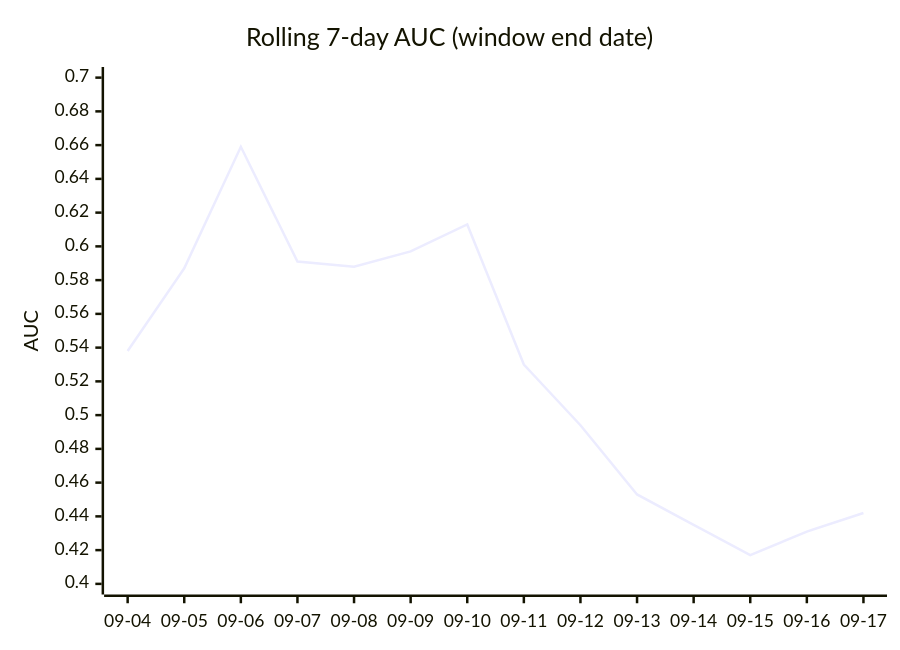
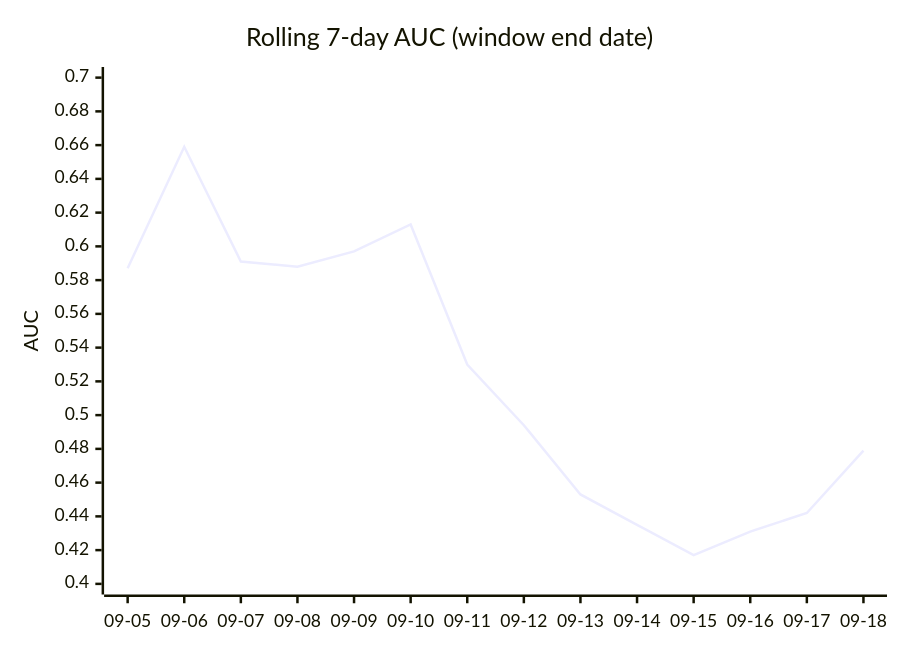
One commit to dpk1212/nhl-savant changed the third of 4 diagrams in DAILY_AGSU_REPORT.md. Above: the diagram before and after it, drawn with Mermaid. The commit also changed other lines of this file, not shown here.

````diff
--- a/DAILY_AGSU_REPORT.md
+++ b/DAILY_AGSU_REPORT.md
@@ -842,7 +843,7 @@
 ```mermaid
 xychart-beta
     title "Rolling 7-day AUC (window end date)"
-    x-axis ["09-04", "09-05", "09-06", "09-07", "09-08", "09-09", "09-10", "09-11", "09-12", "09-13", "09-14", "09-15", "09-16", "09-17"]
+    x-axis ["09-05", "09-06", "09-07", "09-08", "09-09", "09-10", "09-11", "09-12", "09-13", "09-14", "09-15", "09-16", "09-17", "09-18"]
     y-axis "AUC" 0.4 --> 0.7
-    line [0.538, 0.587, 0.659, 0.591, 0.588, 0.597, 0.613, 0.53, 0.494, 0.453, 0.435, 0.417, 0.431, 0.442]
+    line [0.587, 0.659, 0.591, 0.588, 0.597, 0.613, 0.53, 0.494, 0.453, 0.435, 0.417, 0.431, 0.442, 0.479]
 ```
````
